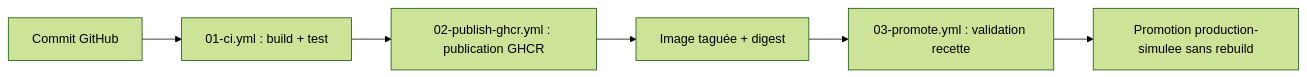
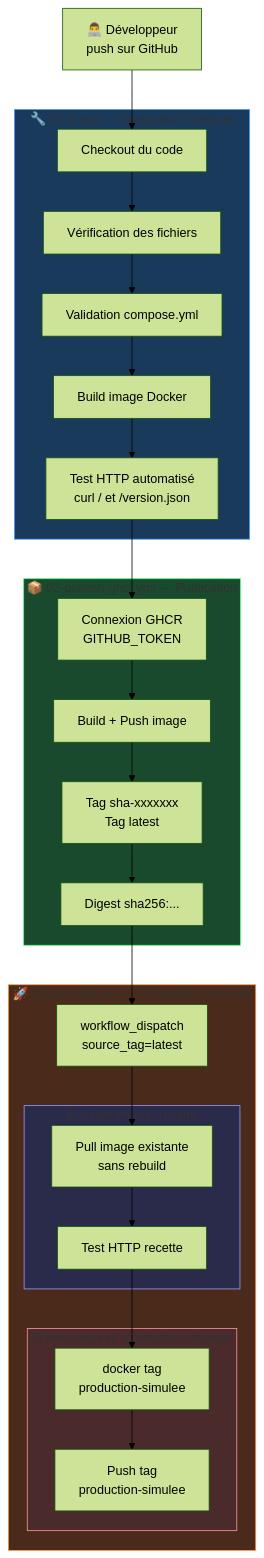
The diagram in docs/02-schema-chaine-cicd.md (DevaradjaLessy/project-cicd-ec06), drawn with Mermaid (forest theme) before and after one commit. The commit also changed other lines of this file and 1 other file, not shown here.

Commit message:
docs: ajout schema enrichi, comparaison Kubernetes et tests complementaires

````diff
--- a/docs/02-schema-chaine-cicd.md
+++ b/docs/02-schema-chaine-cicd.md
@@ -5,8 +5,41 @@
 ```mermaid
-flowchart LR
-    A[Commit GitHub] --> B[01-ci.yml : build + test]
-    B --> C[02-publish-ghcr.yml : publication GHCR]
-    C --> D[Image taguée + digest]
-    D --> E[03-promote.yml : validation recette]
-    E --> F[Promotion production-simulee sans rebuild]
+flowchart TD
+    A[👨‍💻 Développeur\npush sur GitHub] --> B
+
+    subgraph CI ["🔧 01-ci.yml — Intégration Continue"]
+        B[Checkout du code] --> C[Vérification des fichiers]
+        C --> D[Validation compose.yml]
+        D --> E[Build image Docker]
+        E --> F[Test HTTP automatisé\ncurl / et /version.json]
+    end
+
+    F --> G
+
+    subgraph CD ["📦 02-publish-ghcr.yml — Publication"]
+        G[Connexion GHCR\nGITHUB_TOKEN] --> H[Build + Push image]
+        H --> I[Tag sha-xxxxxxx\nTag latest]
+        I --> J[Digest sha256:...]
+    end
+
+    J --> K
+
+    subgraph PROMOTE ["🚀 03-promote.yml — Promotion manuelle"]
+        K[workflow_dispatch\nsource_tag=latest] --> L
+
+        subgraph ENV1 ["Environnement: recette"]
+            L[Pull image existante\nsans rebuild] --> M[Test HTTP recette]
+        end
+
+        M --> N
+
+        subgraph ENV2 ["Environnement: production-simulee"]
+            N[docker tag\nproduction-simulee] --> O[Push tag\nproduction-simulee]
+        end
+    end
+
+    style CI fill:#1a3a5c,stroke:#4a9eff
+    style CD fill:#1a4a2e,stroke:#4aff7a
+    style PROMOTE fill:#4a2a1a,stroke:#ff9a4a
+    style ENV1 fill:#2a2a4a,stroke:#9a9aff
+    style ENV2 fill:#4a2a2a,stroke:#ff9a9a
 ```
````
